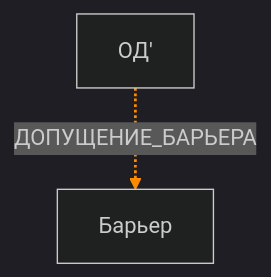
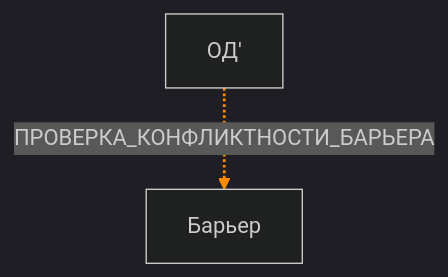
The sixth of 18 diagrams in xlnce/templates/mk-mermaid-template.md (mike-rdnk/xlnce), drawn with Mermaid (dark theme) before and after one commit. The commit also changed other lines of this file and 1 other file, not shown here.

````diff
--- a/xlnce/templates/mk-mermaid-template.md
+++ b/xlnce/templates/mk-mermaid-template.md
@@ -108,9 +130,9 @@
 ```mermaid
 flowchart TB
     ОД_новый["ОД'"]
     Барьер["Барьер"]
     
-    ОД_новый -.->|ДОПУЩЕНИЕ_БАРЬЕРА| Барьер
+    ОД_новый -.->|ПРОВЕРКА_КОНФЛИКТНОСТИ_БАРЬЕРА| Барьер
     
     linkStyle 0 stroke:#ff8c00,stroke-width:2px
 ```
````
